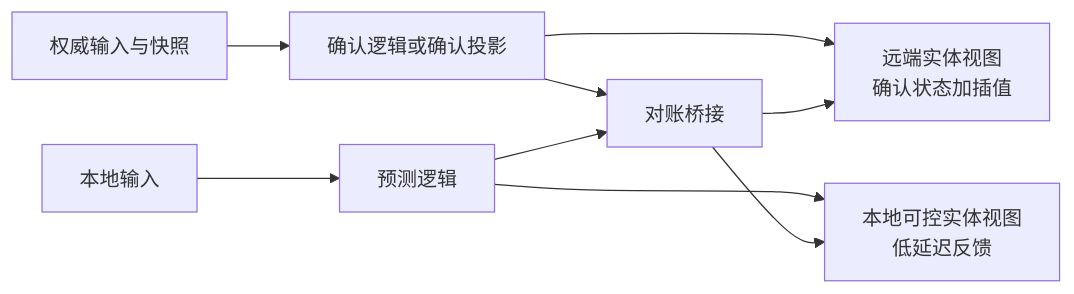
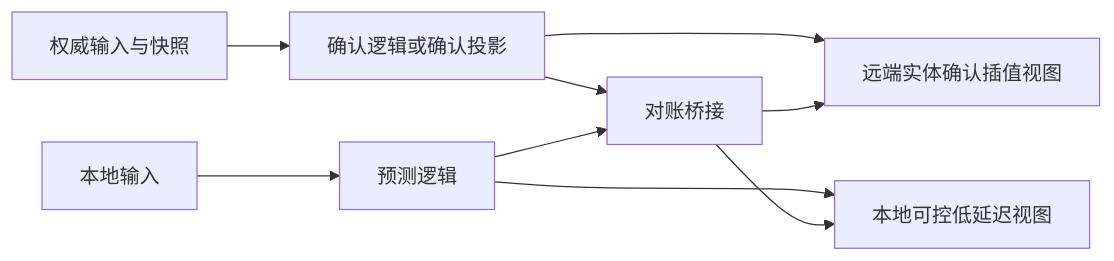
The third of 4 diagrams in Docs/design/07-NetworkSynchronization/03.1-PredictionReconciliationDesign.md (HOBOBO/AbilityKit), drawn with Mermaid before and after one commit. The commit also changed other lines of this file and 328 other files, not shown here.

````diff
--- a/Docs/design/07-NetworkSynchronization/03.1-PredictionReconciliationDesign.md
+++ b/Docs/design/07-NetworkSynchronization/03.1-PredictionReconciliationDesign.md
@@ -215,13 +216,11 @@
 ```mermaid
 flowchart LR
     Authority[权威输入与快照] --> Confirmed[确认逻辑或确认投影]
     LocalInput[本地输入] --> Predicted[预测逻辑]
-    Confirmed --> RemoteView[远端实体视图
-确认状态加插值]
-    Predicted --> LocalView[本地可控实体视图
-低延迟反馈]
+    Confirmed --> RemoteView[远端实体确认插值视图]
+    Predicted --> LocalView[本地可控低延迟视图]
     Confirmed --> Reconcile[对账桥接]
     Predicted --> Reconcile
     Reconcile --> LocalView
     Reconcile --> RemoteView
 ```
````
